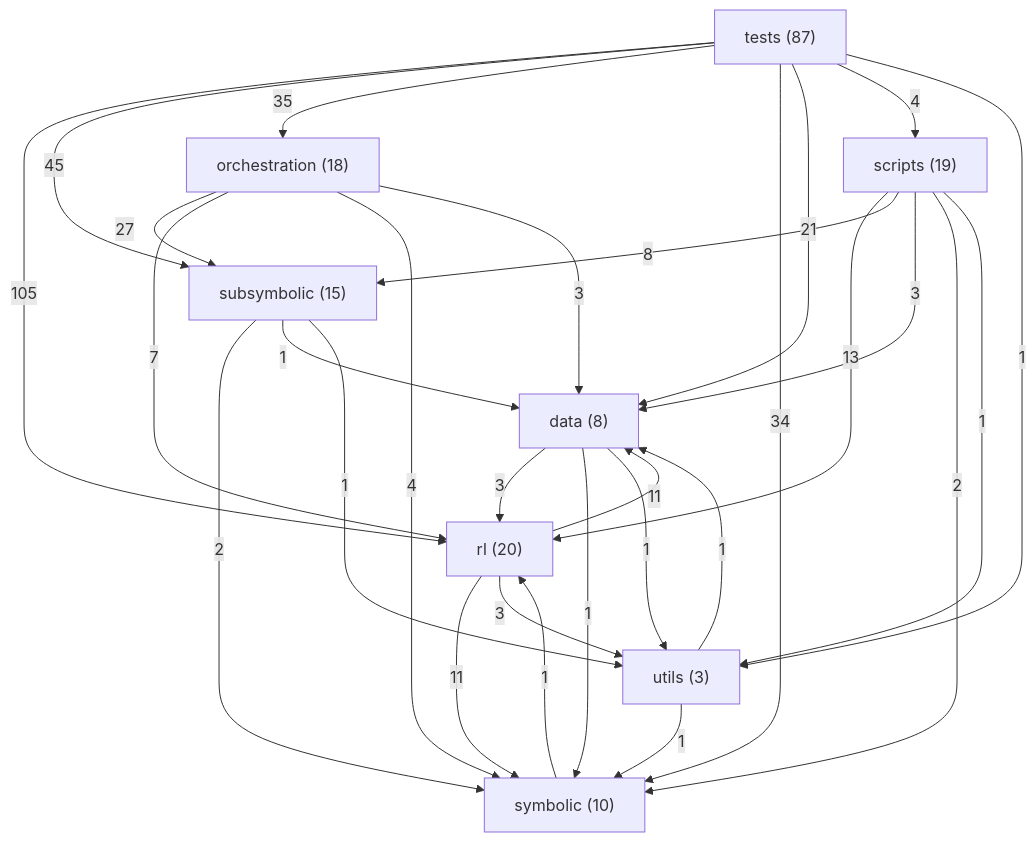
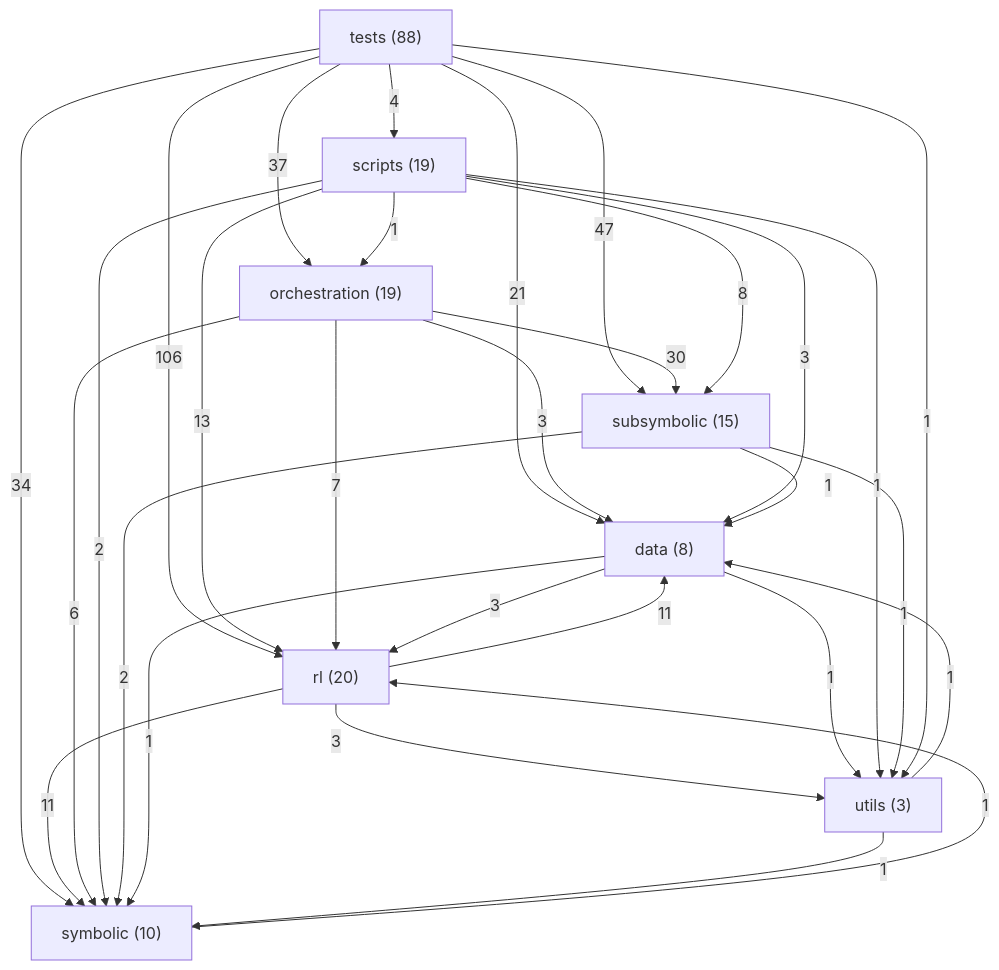
One commit to danrd/ARC-AGI changed the diagram in ARCHITECTURE.md. Above: the diagram before and after it, drawn with Mermaid. The commit also changed other lines of this file and 4 other files, not shown here.

````diff
--- a/ARCHITECTURE.md
+++ b/ARCHITECTURE.md
@@ -211,39 +211,40 @@
 ```mermaid
 graph TD
   data["data (8)"]
-  orchestration["orchestration (18)"]
+  orchestration["orchestration (19)"]
   rl["rl (20)"]
   scripts["scripts (19)"]
   subsymbolic["subsymbolic (15)"]
   symbolic["symbolic (10)"]
-  tests["tests (87)"]
+  tests["tests (88)"]
   utils["utils (3)"]
-  tests -->|105| rl
-  tests -->|45| subsymbolic
-  tests -->|35| orchestration
+  tests -->|106| rl
+  tests -->|47| subsymbolic
+  tests -->|37| orchestration
   tests -->|34| symbolic
-  orchestration -->|27| subsymbolic
+  orchestration -->|30| subsymbolic
   tests -->|21| data
   scripts -->|13| rl
   rl -->|11| data
   rl -->|11| symbolic
   scripts -->|8| subsymbolic
   orchestration -->|7| rl
-  orchestration -->|4| symbolic
+  orchestration -->|6| symbolic
   tests -->|4| scripts
   data -->|3| rl
   orchestration -->|3| data
   rl -->|3| utils
   scripts -->|3| data
   scripts -->|2| symbolic
   subsymbolic -->|2| symbolic
   data -->|1| symbolic
   data -->|1| utils
+  scripts -->|1| orchestration
   scripts -->|1| utils
   subsymbolic -->|1| data
   subsymbolic -->|1| utils
   symbolic -->|1| rl
   tests -->|1| utils
   utils -->|1| data
   utils -->|1| symbolic
 ```
````
